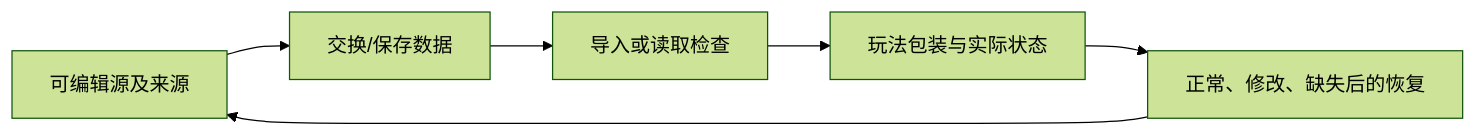
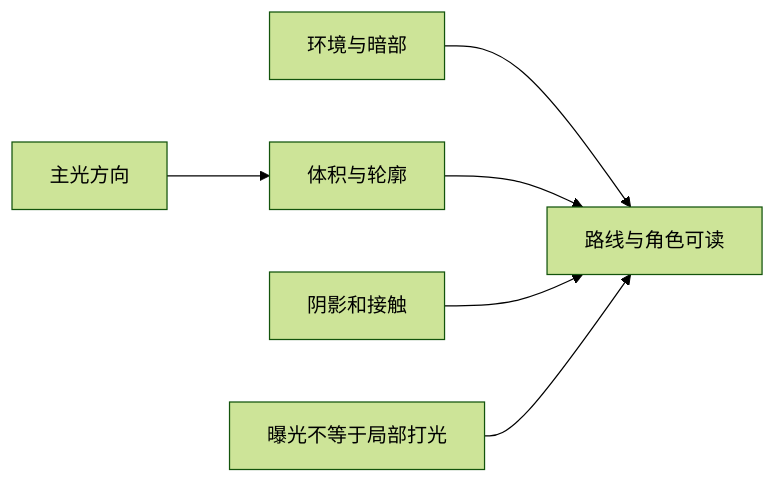
The diagram in curriculum/dialogues/B09.md (Zilur/ai-3d-game-learning), drawn with Mermaid (forest theme) before and after one commit. The commit also changed other lines of this file and 314 other files, not shown here.

````diff
--- a/curriculum/dialogues/B09.md
+++ b/curriculum/dialogues/B09.md
@@ -25,8 +27,8 @@
 ```mermaid
 flowchart LR
- S["可编辑源及来源"] --> E["交换/保存数据"]
- E --> I["导入或读取检查"]
- I --> W["玩法包装与实际状态"]
- W --> T["正常、修改、缺失后的恢复"]
- T --> S
+ K["主光方向"] --> V["体积与轮廓"]
+ F["环境与暗部"] --> R["路线与角色可读"]
+ V --> R
+ S["阴影和接触"] --> R
+ E["曝光不等于局部打光"] --> R
 ```
````
